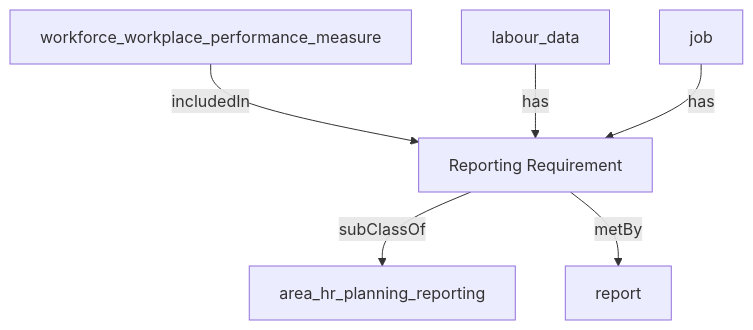
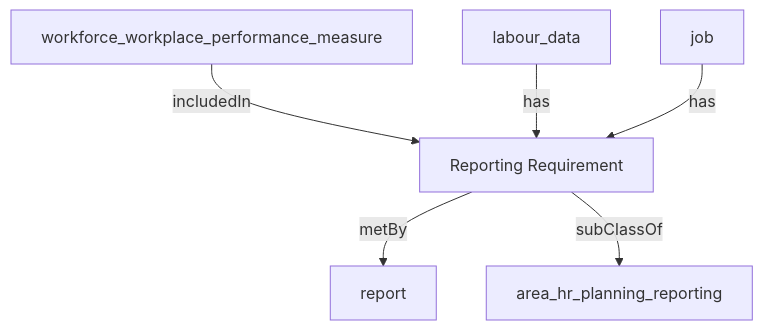
The diagram in content/hr_data_model/reporting_requirement.md (heidingaway/heidi2), drawn with Mermaid before and after one commit. The commit also changed other lines of this file and 350 other files, not shown here.

````diff
--- a/content/hr_data_model/reporting_requirement.md
+++ b/content/hr_data_model/reporting_requirement.md
@@ -25,14 +26,14 @@
 ```mermaid
 graph TD
   Reporting_Requirement["Reporting Requirement"]:::current-page-node
   area_hr_planning_reporting["area_hr_planning_reporting"]
   report["report"]
   workforce_workplace_performance_measure["workforce_workplace_performance_measure"]
   labour_data["labour_data"]
   job["job"]
   workforce_workplace_performance_measure-->|" includedIn "|Reporting_Requirement
+  Reporting_Requirement-->|" metBy "|report
   labour_data-->|" has "|Reporting_Requirement
   Reporting_Requirement-->|" subClassOf "|area_hr_planning_reporting
-  Reporting_Requirement-->|" metBy "|report
   job-->|" has "|Reporting_Requirement
 ```
````
